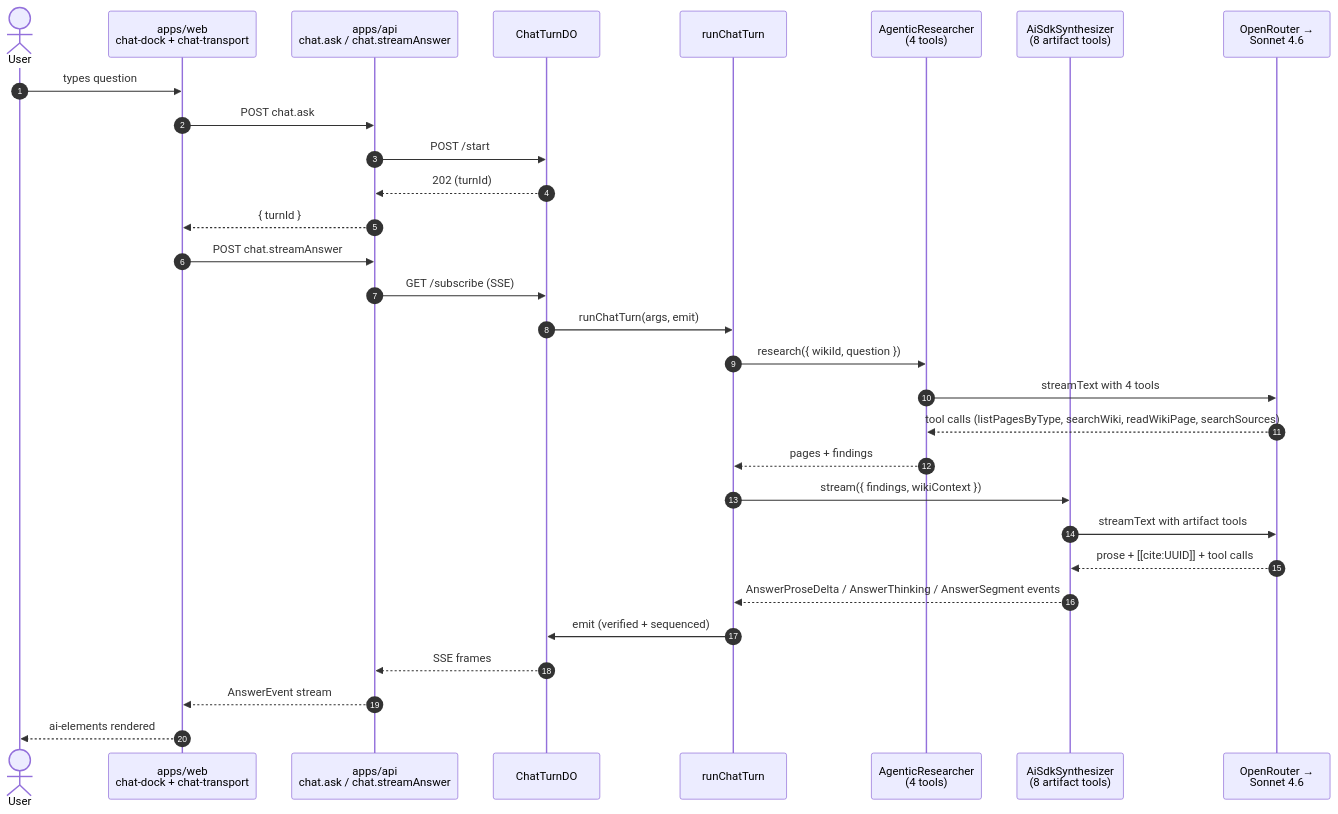
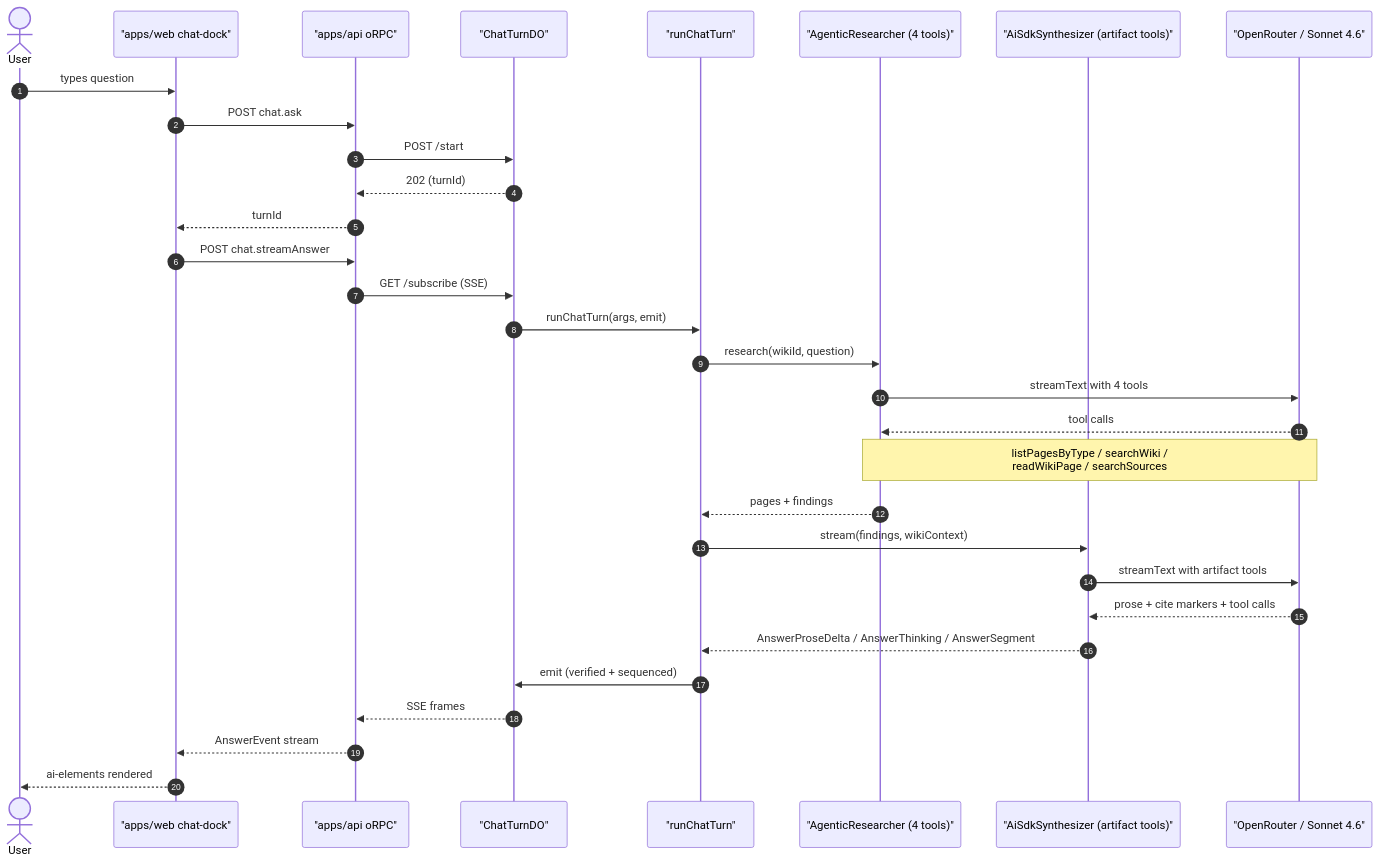
Before and after one commit to tonestrike/knowledge-base-wiki: the fourth of 4 diagrams in docs/architecture/code-tour.md, drawn with Mermaid. The commit also changed other lines of this file and 1 other file, not shown here.

First line of the commit message:
docs: fix mermaid parse errors + validate all diagrams via mmdc

````diff
--- a/docs/architecture/code-tour.md
+++ b/docs/architecture/code-tour.md
@@ -287,34 +287,35 @@
 ```mermaid
 sequenceDiagram
     autonumber
     actor User
-    participant Web as apps/web<br/>chat-dock + chat-transport
-    participant API as apps/api<br/>chat.ask / chat.streamAnswer
-    participant DO as ChatTurnDO
-    participant Runner as runChatTurn
-    participant Agent as AgenticResearcher<br/>(4 tools)
-    participant Synth as AiSdkSynthesizer<br/>(8 artifact tools)
-    participant LLM as OpenRouter →<br/>Sonnet 4.6
+    participant Web as "apps/web chat-dock"
+    participant API as "apps/api oRPC"
+    participant DO as "ChatTurnDO"
+    participant Runner as "runChatTurn"
+    participant Agent as "AgenticResearcher (4 tools)"
+    participant Synth as "AiSdkSynthesizer (artifact tools)"
+    participant LLM as "OpenRouter / Sonnet 4.6"
 
     User->>Web: types question
     Web->>API: POST chat.ask
     API->>DO: POST /start
     DO-->>API: 202 (turnId)
-    API-->>Web: { turnId }
+    API-->>Web: turnId
     Web->>API: POST chat.streamAnswer
     API->>DO: GET /subscribe (SSE)
 
     DO->>Runner: runChatTurn(args, emit)
-    Runner->>Agent: research({ wikiId, question })
+    Runner->>Agent: research(wikiId, question)
     Agent->>LLM: streamText with 4 tools
-    LLM-->>Agent: tool calls (listPagesByType, searchWiki, readWikiPage, searchSources)
+    LLM-->>Agent: tool calls
+    Note over Agent,LLM: listPagesByType / searchWiki /<br/>readWikiPage / searchSources
     Agent-->>Runner: pages + findings
-    Runner->>Synth: stream({ findings, wikiContext })
+    Runner->>Synth: stream(findings, wikiContext)
     Synth->>LLM: streamText with artifact tools
-    LLM-->>Synth: prose + [[cite:UUID]] + tool calls
-    Synth-->>Runner: AnswerProseDelta / AnswerThinking / AnswerSegment events
+    LLM-->>Synth: prose + cite markers + tool calls
+    Synth-->>Runner: AnswerProseDelta / AnswerThinking / AnswerSegment
     Runner->>DO: emit (verified + sequenced)
     DO-->>API: SSE frames
     API-->>Web: AnswerEvent stream
     Web-->>User: ai-elements rendered
 ```
````
